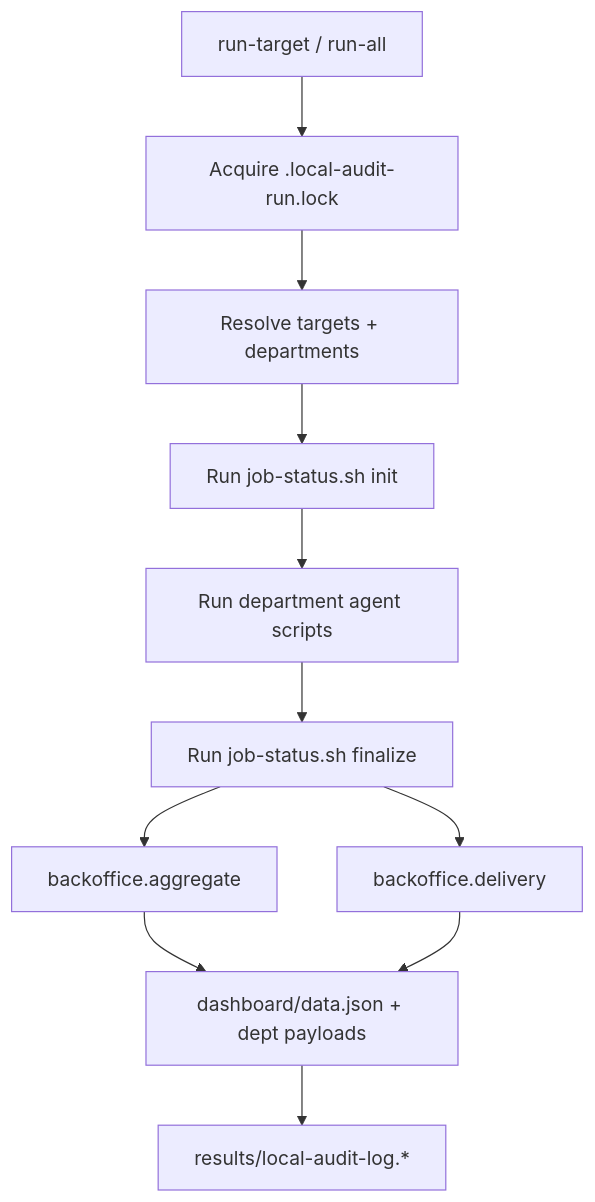
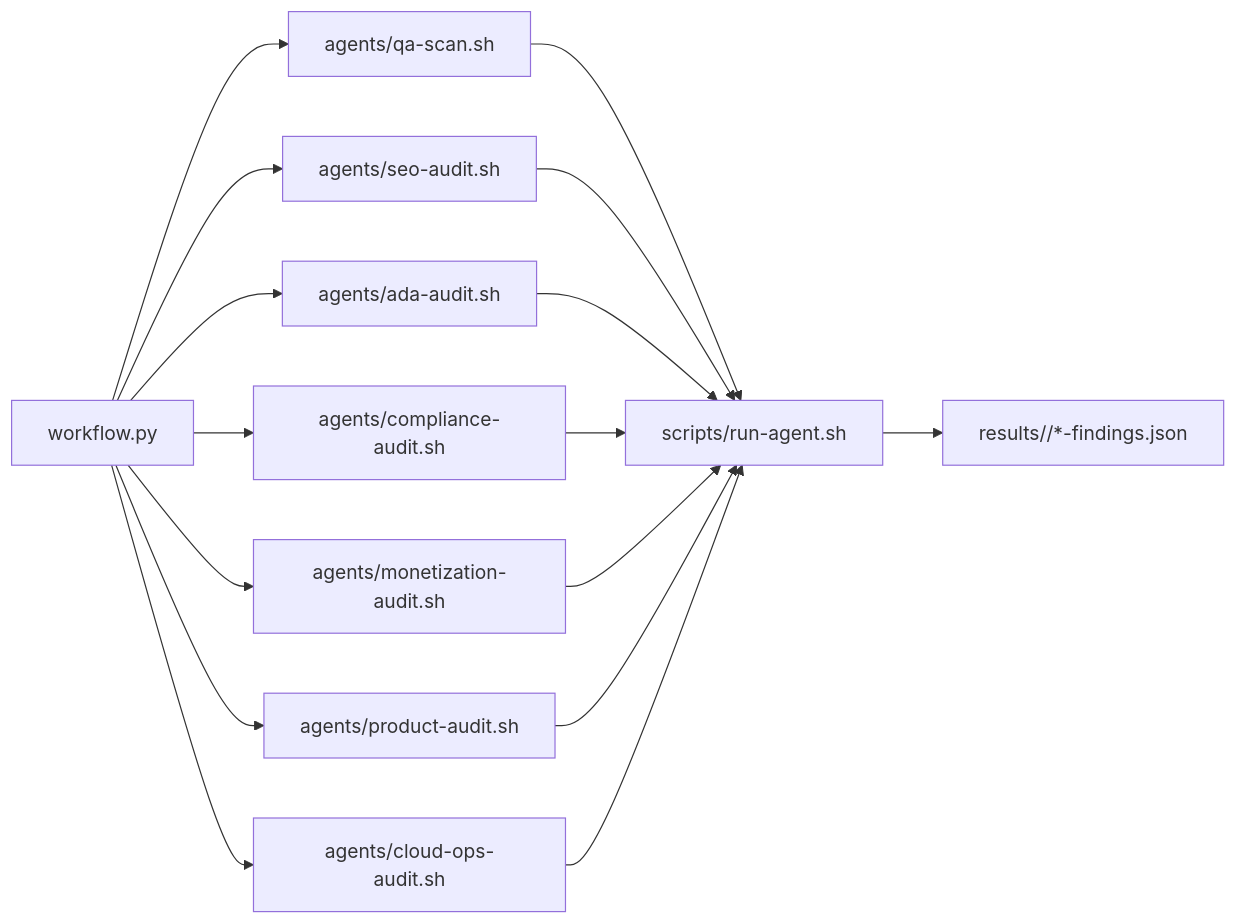
One commit to CodyJo/qa-department changed the second of 11 diagrams in docs/WORKFLOW-ARCHITECTURE.md. Above: the diagram before and after it, drawn with Mermaid. The commit also changed other lines of this file and 3 other files, not shown here.

Commit message:
docs: refresh approval workflow and architecture

````diff
--- a/docs/WORKFLOW-ARCHITECTURE.md
+++ b/docs/WORKFLOW-ARCHITECTURE.md
@@ -84,13 +153,13 @@
 ```mermaid
-flowchart TD
-    A[run-target / run-all] --> B[Acquire .local-audit-run.lock]
-    B --> C[Resolve targets + departments]
-    C --> D[Run job-status.sh init]
-    D --> E[Run department agent scripts]
-    E --> F[Run job-status.sh finalize]
-    F --> G[backoffice.aggregate]
-    F --> H[backoffice.delivery]
-    G --> I[dashboard/data.json + dept payloads]
-    H --> I
-    I --> J[results/local-audit-log.*]
+flowchart LR
+    A[workflow.py] --> B[agents/qa-scan.sh]
+    A --> C[agents/seo-audit.sh]
+    A --> D[agents/ada-audit.sh]
+    A --> E[agents/compliance-audit.sh]
+    A --> F[agents/monetization-audit.sh]
+    A --> G[agents/product-audit.sh]
+    A --> H[agents/cloud-ops-audit.sh]
+
+    B & C & D & E & F & G & H --> I[scripts/run-agent.sh]
+    I --> J[results/<repo>/*-findings.json]
 ```
````
